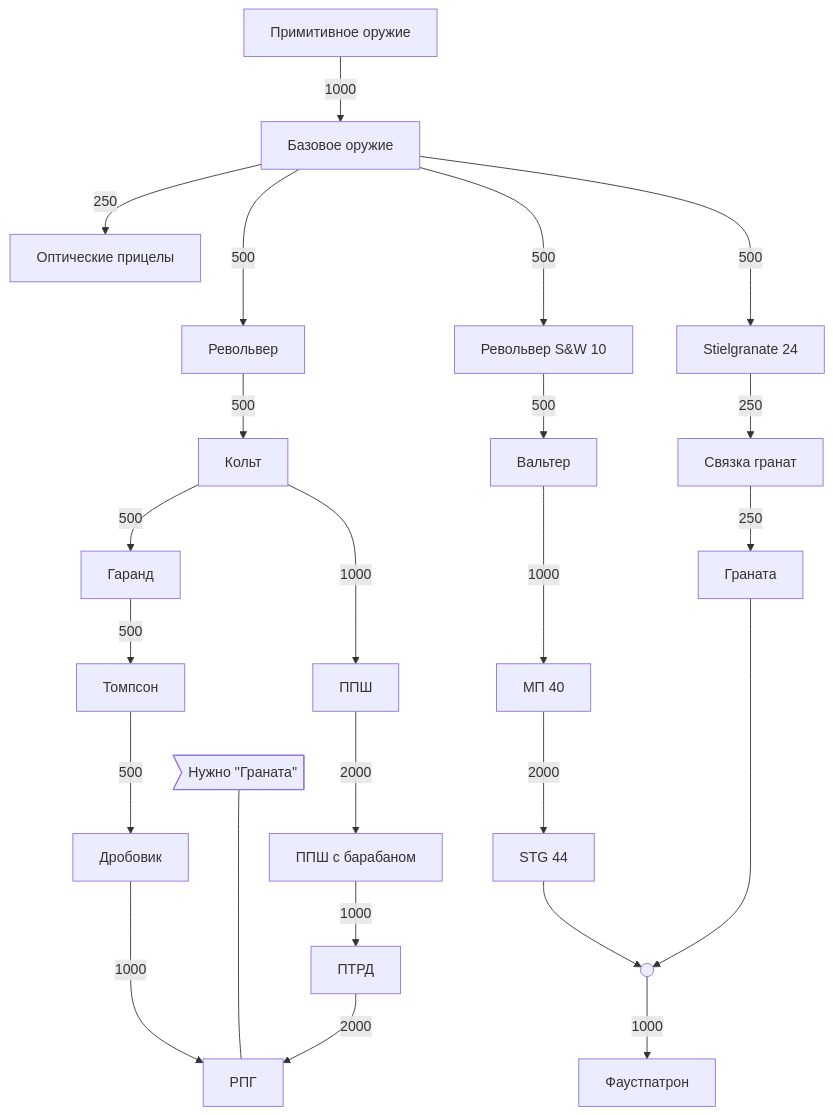
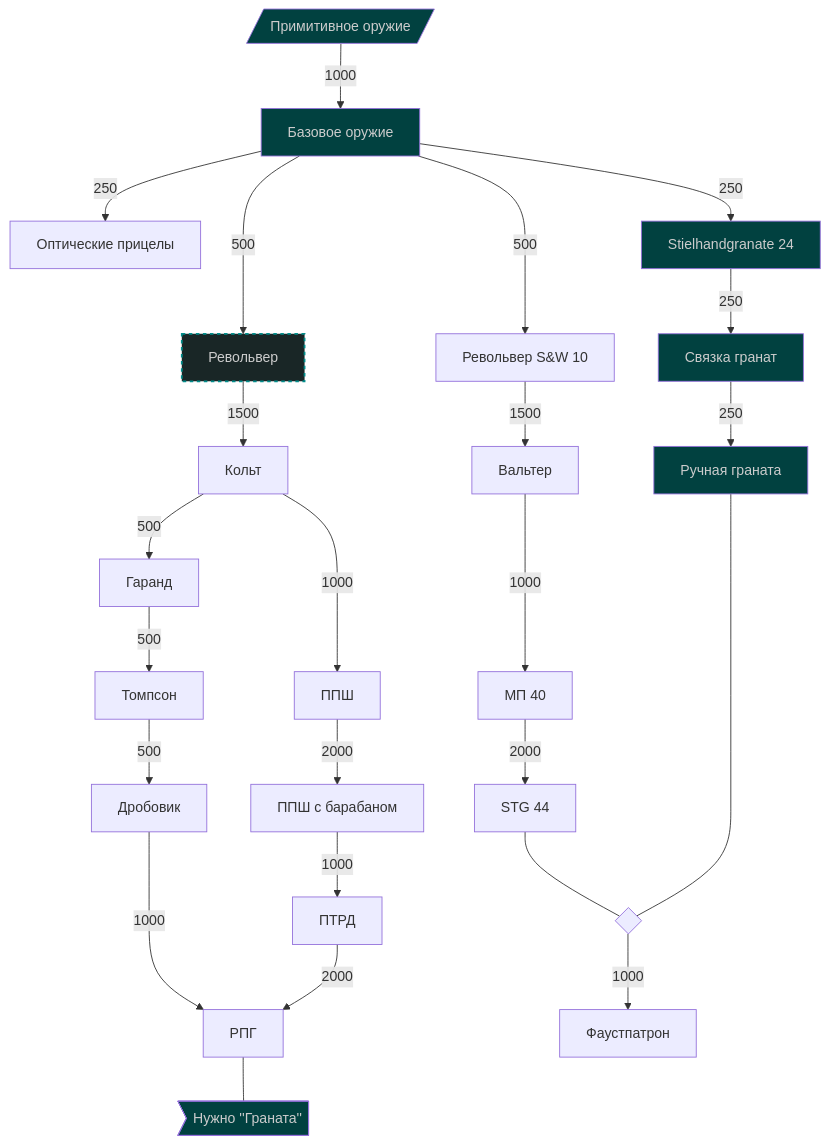
Before and after one commit to houm-team/houm-docs: the first of 3 diagrams in Houm project/Что я хочу написать.md, drawn with Mermaid.

Commit message:
Изменил древо технологий пехотного оружия

````diff
--- a/Houm project/Что я хочу написать.md
+++ b/Houm project/Что я хочу написать.md
@@ -147,40 +147,72 @@
 ```mermaid
 flowchart TD
-    primitive_weapon[Примитивное оружие] -->|1000| base_weapon[Базовое оружие]
+
+    classDef finished fill:#014140, color:#ccc;
+
+    classDef in_procces fill:#192626, color:#ccc, stroke:#028d8b, stroke-width:0.125rem,stroke-dasharray:0.25rem;
+
+  
+  
+
+    primitive_weapon[/Примитивное оружие/]:::finished -->|1000| base_weapon[Базовое оружие]:::finished
+
     base_weapon -->|250| optical_scope[Оптические прицелы]
 
-    base_weapon --->|500| revolver[Револьвер]
+    base_weapon --->|500| revolver[Револьвер]:::in_procces
+
     base_weapon --->|500| rev_sw10[Револьвер S&W 10]
 
-	base_weapon --->|500| simple_grenade[Stielgranate 24]
-	simple_grenade -->|250| several_simple_grenade[Связка гранат]
-	several_simple_grenade -->|250| grenade[Граната]
+  
 
+    base_weapon -->|250| simple_grenade[Stielhandgranate 24]:::finished
 
-	revolver -->|500| colt[Кольт]
-	rev_sw10 -->|500| walter[Вальтер]
+    simple_grenade -->|250| several_simple_grenade[Связка гранат]:::finished
 
+    several_simple_grenade -->|250| hand_grenade[Ручная граната]:::finished
+
+  
+
+    revolver -->|1500| colt[Кольт]
+
+    rev_sw10 -->|1500| walter[Вальтер]
+
+  
 
     colt -->|500| garand[Гаранд]
 
+  
 
     garand -->|500| thompson[Томпсон]
+
     colt --->|1000| ppsh35[ППШ]
+
+  
+
     walter --->|1000| mp40[МП 40]
 
+  
 
-    thompson --->|500| remington[Дробовик]
-    ppsh35 --->|2000| ppsh71[ППШ с барабаном]
-    mp40 --->|2000| stg44[STG 44]
+    thompson -->|500| remington[Дробовик]
+
+    ppsh35 -->|2000| ppsh71[ППШ с барабаном]
+
+    mp40 -->|2000| stg44[STG 44]
 
   
+
     ppsh71 -->|1000| ptrd[ПТРД]
+
   
 
     remington --->|1000| rpg[РПГ]
-    need_grenades>Нужно ''Граната''] ----- rpg
+
+    rpg --- need_grenades>Нужно ''Граната'']:::finished
+
     ptrd -->|2000| rpg
-    stg44 --> faustpatrone_condition(( ))
-    grenade -----> faustpatrone_condition
+
+    stg44 --- faustpatrone_condition{ }
+
+    hand_grenade ------ faustpatrone_condition
+
     faustpatrone_condition -->|1000| faustpatrone[Фаустпатрон]
 ```
````
